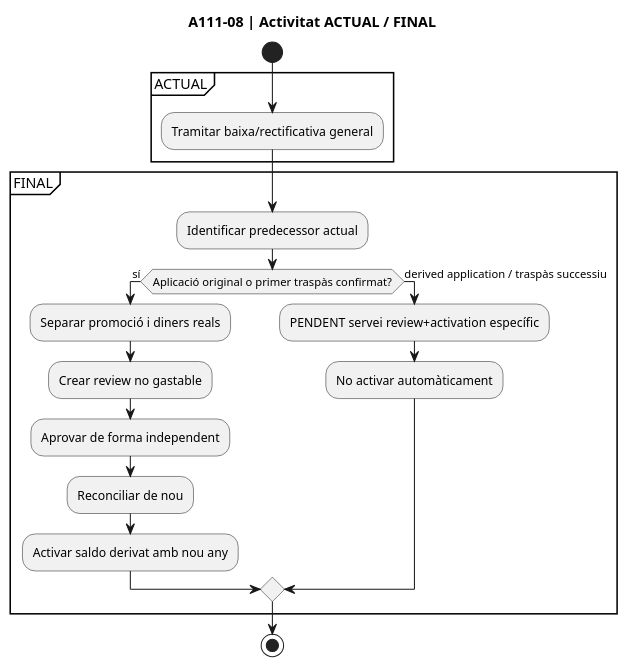
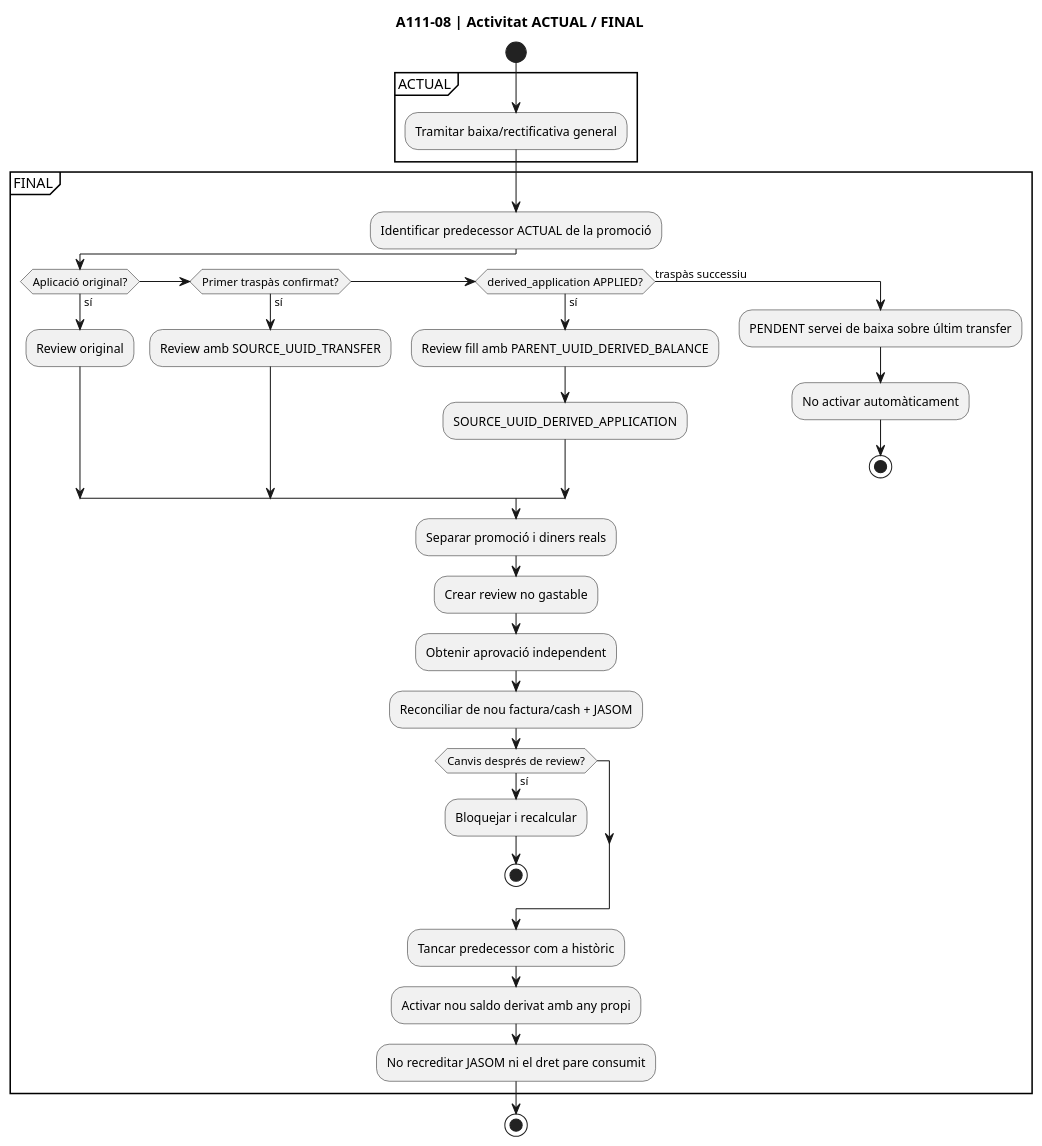
One commit to orgmeriemprismacat-del/verifactu changed diagram 32 of 48 in documentacio/07-uml-integrat/uc-111-diagrames-per-accio.md. Above: the diagram before and after it, drawn with PlantUML. The commit also changed other lines of this file, not shown here.

Commit message:
docs UML UC-111 A111-08: add derived-application cancellation review/activation to all four per-action diagrams

````diff
--- a/documentacio/07-uml-integrat/uc-111-diagrames-per-accio.md
+++ b/documentacio/07-uml-integrat/uc-111-diagrames-per-accio.md
@@ -672,23 +716,36 @@
 ```plantuml
 @startuml
 title A111-08 | Activitat ACTUAL / FINAL
 start
 partition ACTUAL {
 :Tramitar baixa/rectificativa general;
 }
 partition FINAL {
-:Identificar predecessor actual;
-if (Aplicació original o primer traspàs confirmat?) then (sí)
-  :Separar promoció i diners reals;
-  :Crear review no gastable;
-  :Aprovar de forma independent;
-  :Reconciliar de nou;
-  :Activar saldo derivat amb nou any;
-else (derived application / traspàs successiu)
-  :PENDENT servei review+activation específic;
+:Identificar predecessor ACTUAL de la promoció;
+if (Aplicació original?) then (sí)
+  :Review original;
+elseif (Primer traspàs confirmat?) then (sí)
+  :Review amb SOURCE_UUID_TRANSFER;
+elseif (derived_application APPLIED?) then (sí)
+  :Review fill amb PARENT_UUID_DERIVED_BALANCE;
+  :SOURCE_UUID_DERIVED_APPLICATION;
+else (traspàs successiu)
+  :PENDENT servei de baixa sobre últim transfer;
   :No activar automàticament;
+  stop
 endif
+:Separar promoció i diners reals;
+:Crear review no gastable;
+:Obtenir aprovació independent;
+:Reconciliar de nou factura/cash + JASOM;
+if (Canvis després de review?) then (sí)
+  :Bloquejar i recalcular;
+  stop
+endif
+:Tancar predecessor com a històric;
+:Activar nou saldo derivat amb any propi;
+:No recreditar JASOM ni el dret pare consumit;
 }
 stop
 @enduml
 ```
````
